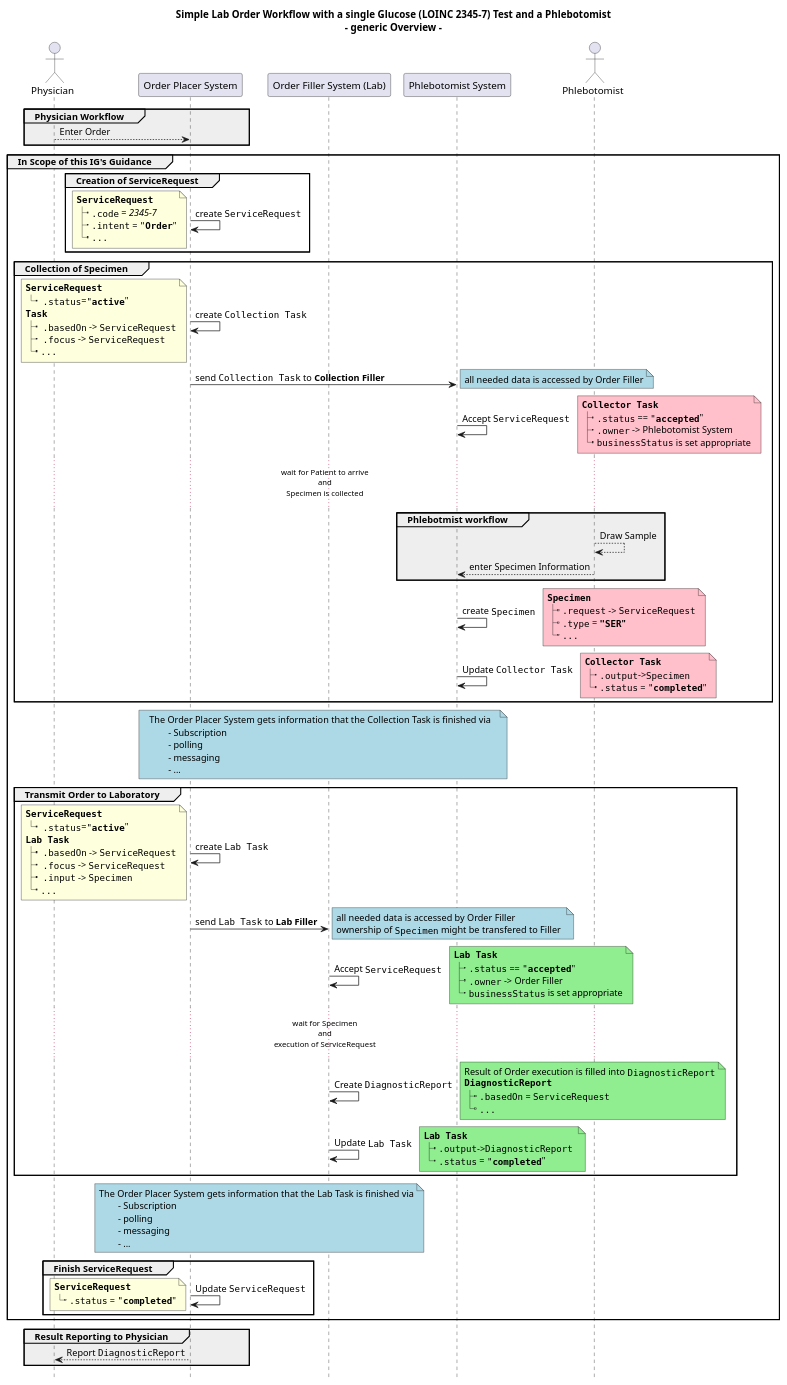
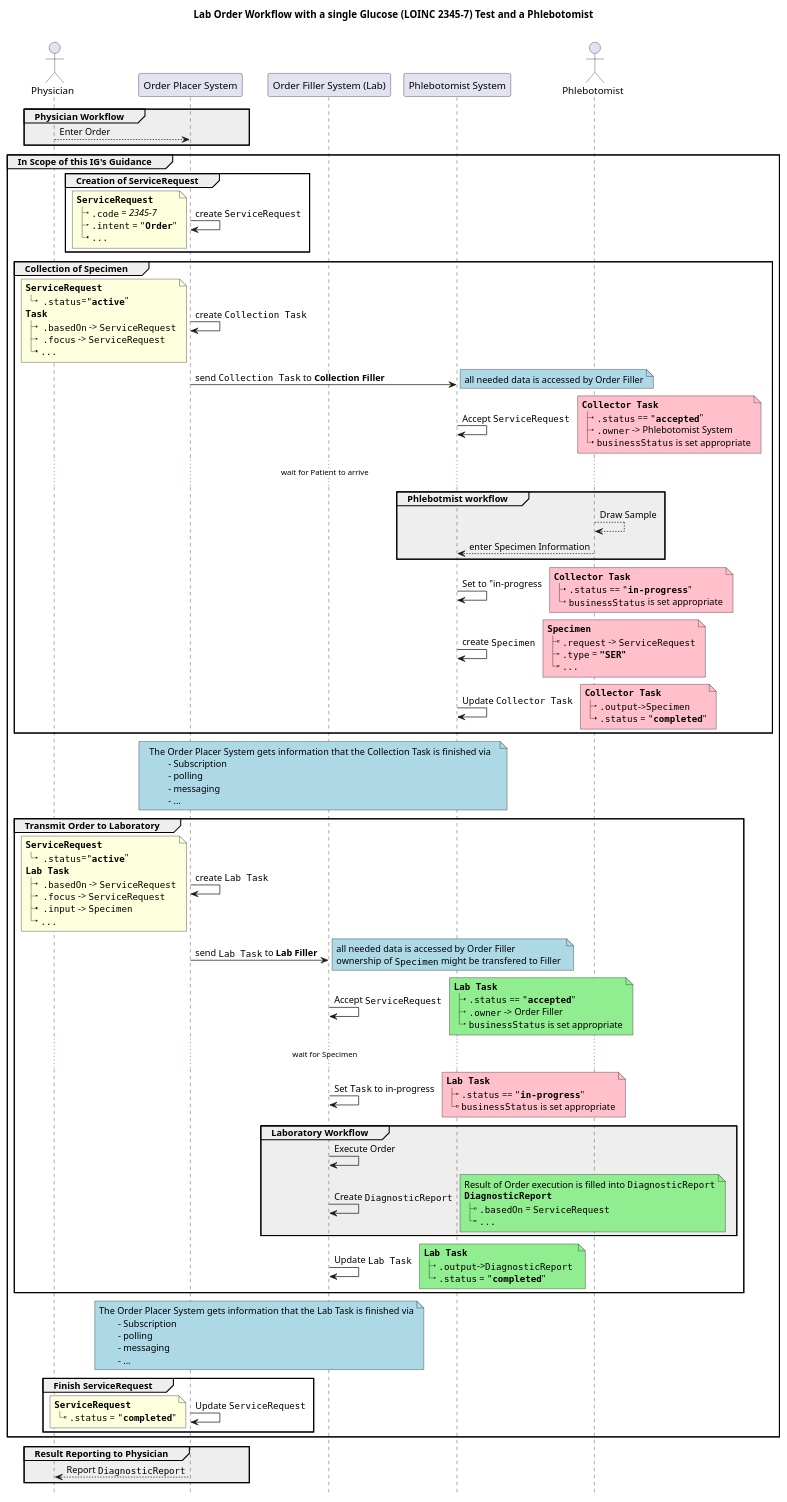
Before and after one commit to HL7/fhir-cow-ig: the diagram in input/images-source/ex2-single-lab-order-flow-with-phlebotomist.plantuml, drawn with PlantUML.

Commit message:
Update ex2-single-lab-order-flow-with-phlebotomist.plantuml
added in progress state

```diff
--- a/input/images-source/ex2-single-lab-order-flow-with-phlebotomist.plantuml
+++ b/input/images-source/ex2-single-lab-order-flow-with-phlebotomist.plantuml
@@ -1,174 +1,196 @@
 @startuml
 
 'skinparam sequenceMessageAlign center
 title 
-	Simple Lab Order Workflow with a single Glucose (LOINC 2345-7) Test and a Phlebotomist
-	- generic Overview -
+	Lab Order Workflow with a single Glucose (LOINC 2345-7) Test and a Phlebotomist
+	
 end title
 hide footbox
 
 'note across #turquoise
 '	**Assumptions:**
 '	- Physician knows which Specimen to draw (i.e. via an Order Catalog)
 '	- Specimen is drawn at a Phlebotomist
 '	- It is clear which Order Filler will execute the Order
 '	- ""ServiceRequest"" is owned by the Order Placer; changes are allowed only to be done by Placer
 '	- ""Task"" is a shared resource of Placer and Filler and updated by both
 '	- Order Result is reported via ""DiagnosticReport""
 '	- ""DiagnosticReport"" is owned by the Order Filler
 '	- Order is accepted and is fulfilled 
 '	- Lab internal flow is **out of scope**
 '	- All needed data is accessible
 '	- Phlebotmist knows where to send the sample to
 '	- Phlebotmist knows what to draw
 '	**Not defined**
 '	- Ownership of Specimen Resource (Ownership should/could/might change with the physical location)
 '	- Transport of the Sample
 'end note
 
 actor Physician as Doc
 participant "Order Placer System" as Placer
 participant "Order Filler System (Lab)" as Filler
 participant "Phlebotomist System" as Collector
 actor "Phlebotomist" as Phlebo
 
 
 group #eee Physician Workflow 
 	Doc --> Placer: Enter Order
 end
 
 group In Scope of this IG's Guidance 
 
-
 	group Creation of ServiceRequest
+	
 		Placer -> Placer: create ""ServiceRequest"" 
 		note left 
 			**""ServiceRequest""**
 			|_ "".code"" = //2345-7//
 			|_ "".intent"" = """**Order**"""
 			|_ ""...""
 		end note
 	end
 	
 
 	group Collection of Specimen
 		
 		Placer -> Placer: create ""Collection Task"" 
 		note left 
 			**""ServiceRequest""**
 			|_  "".status""="""**active**"""
 			**""Task""**
 			|_  "".basedOn"" -> ""ServiceRequest""
 			|_  "".focus"" -> ""ServiceRequest""
 			|_ ""...""
 		end note 
 		
 		Placer -> Collector: send ""Collection Task"" to **Collection Filler** 
 		note right #lightblue
 			all needed data is accessed by Order Filler
 		end note
 
 		Collector -> Collector: Accept ""ServiceRequest"" 
 		note right #pink
 			**""Collector Task""**
 			|_ "".status"" == """**accepted**"""
 			|_ "".owner"" -> Phlebotomist System 
 			|_ ""businessStatus"" is set appropriate
 		end note
 		
-		... wait for Patient to arrive \nand\nSpecimen is collected...
+		... wait for Patient to arrive ...
 		
 		group #eee Phlebotmist workflow
 			Phlebo --> Phlebo: Draw Sample
 			Phlebo --> Collector: enter Specimen Information
 		end
+
+		Collector -> Collector: Set to "in-progress
+		note right #pink
+			**""Collector Task""**
+			|_ "".status"" == """**in-progress**"""
+			|_ ""businessStatus"" is set appropriate
+		end note
+
 		
 		Collector -> Collector: create ""Specimen"" 
 		note right #pink
 			**""Specimen""**
 			|_ "".request"" -> ""ServiceRequest""
 			|_ "".type"" = **"""SER"""**
 			|_ ""...""
 		end note
 		
 		Collector -> Collector: Update ""Collector Task""
 		note right #pink
 			**""Collector Task""**
 			|_ "".output""->""Specimen"" 
 			|_ "".status"" = """**completed**"""
 		end note
 	end
 
 	note over Placer, Collector #lightblue
 		The Order Placer System gets information that the Collection Task is finished via
 			- Subscription
 			- polling
 			- messaging
 			- ...
 	end note
 
 	group Transmit Order to Laboratory 
+		
 		Placer -> Placer: create ""Lab Task"" 
 		note left 
 			**""ServiceRequest""**
 			|_  "".status""="""**active**"""
 			**""Lab Task""**
 			|_  "".basedOn"" -> ""ServiceRequest""
 			|_  "".focus"" -> ""ServiceRequest""
 			|_  "".input"" -> ""Specimen""
 			|_ ""...""
 		end note 
 		
 		Placer -> Filler: send ""Lab Task"" to **Lab Filler** 
 		note right #lightblue
 			all needed data is accessed by Order Filler
 			ownership of ""Specimen"" might be transfered to Filler 
 		end note
 	
 		Filler -> Filler: Accept ""ServiceRequest"" 
 		note right #lightgreen
 			**""Lab Task""**
 			|_ "".status"" == """**accepted**"""
 			|_ "".owner"" -> Order Filler
 			|_ ""businessStatus"" is set appropriate
 		end note
 		
-		... wait for Specimen \nand\nexecution of ServiceRequest...
+		... wait for Specimen ...
 		
-		Filler -> Filler: Create ""DiagnosticReport"" 
-		note right #lightgreen
-			Result of Order execution is filled into ""DiagnosticReport""
-			**""DiagnosticReport""**
-			|_ "".basedOn"" = ""ServiceRequest""
-			|_ ""...""
-		end note 
+		Filler -> Filler: Set ""Task"" to in-progress
+			note right #pink
+			**""Lab Task""**
+			|_ "".status"" == """**in-progress**"""
+			|_ ""businessStatus"" is set appropriate
+		end note
+
+		
+		group #eee Laboratory Workflow
+		
+			Filler -> Filler: Execute Order
+			Filler -> Filler: Create ""DiagnosticReport"" 
+			note right #lightgreen
+				Result of Order execution is filled into ""DiagnosticReport""
+				**""DiagnosticReport""**
+				|_ "".basedOn"" = ""ServiceRequest""
+				|_ ""...""
+			end note 
+		end
 	
 		Filler -> Filler: Update ""Lab Task""
 		note right #lightgreen
 			**""Lab Task""**
 			|_ "".output""->""DiagnosticReport"" 
 			|_ "".status"" = """**completed**"""
 		end note
 	end
 	
 	note over Placer, Filler #lightblue
 		The Order Placer System gets information that the Lab Task is finished via
 			- Subscription
 			- polling
 			- messaging
 			- ...
 	end note
 	
 	group Finish ServiceRequest
+		
 		Placer -> Placer: Update ""ServiceRequest"" 
 		note left
 			**""ServiceRequest""**
 			|_ "".status"" = """**completed**"""
 		end note
 	end
 end
 
 Group #eee Result Reporting to Physician
 	Placer --> Doc: Report ""DiagnosticReport""
 end
 @enduml
```
